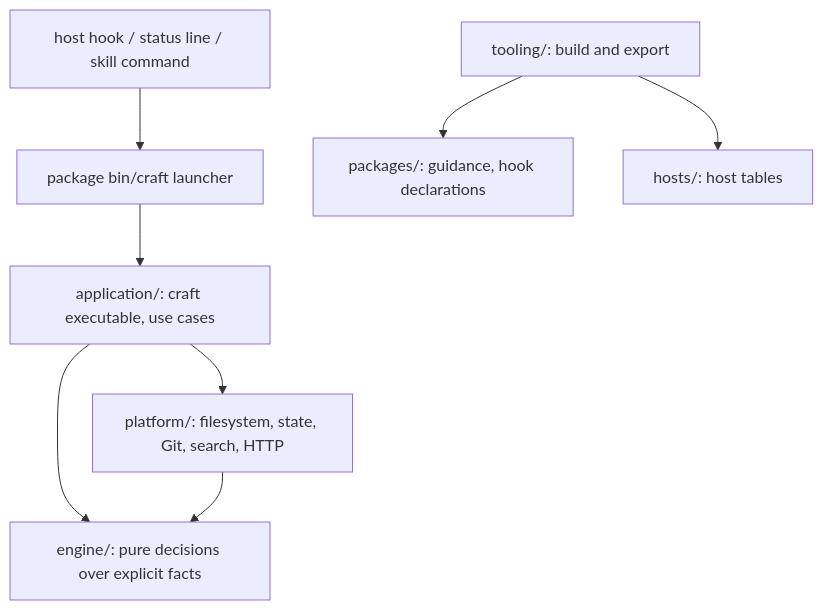
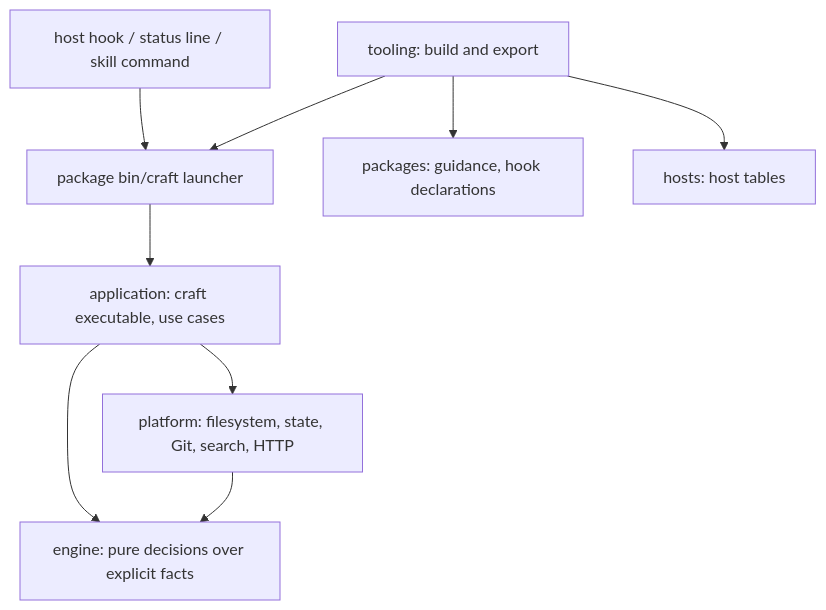
The diagram in docs/ARCHITECTURE.md (Aliaksie/engineering-pack), drawn with Mermaid before and after one commit. The commit also changed other lines of this file and 32 other files, not shown here.

````diff
--- a/docs/ARCHITECTURE.md
+++ b/docs/ARCHITECTURE.md
@@ -7,10 +7,11 @@
 ```mermaid
 flowchart TD
   HOST[host hook / status line / skill command] --> LAUNCH[package bin/craft launcher]
-  LAUNCH --> APP[application/: craft executable, use cases]
-  APP --> ENGINE[engine/: pure decisions over explicit facts]
-  APP --> PLATFORM[platform/: filesystem, state, Git, search, HTTP]
+  LAUNCH --> APP[application: craft executable, use cases]
+  APP --> ENGINE[engine: pure decisions over explicit facts]
+  APP --> PLATFORM[platform: filesystem, state, Git, search, HTTP]
   PLATFORM --> ENGINE
-  BUILD[tooling/: build and export] --> CONTENT[packages/: guidance, hook declarations]
-  BUILD --> TABLES[hosts/: host tables]
+  BUILD[tooling: build and export] --> CONTENT[packages: guidance, hook declarations]
+  BUILD --> TABLES[hosts: host tables]
+  BUILD --> LAUNCH
 ```
````
